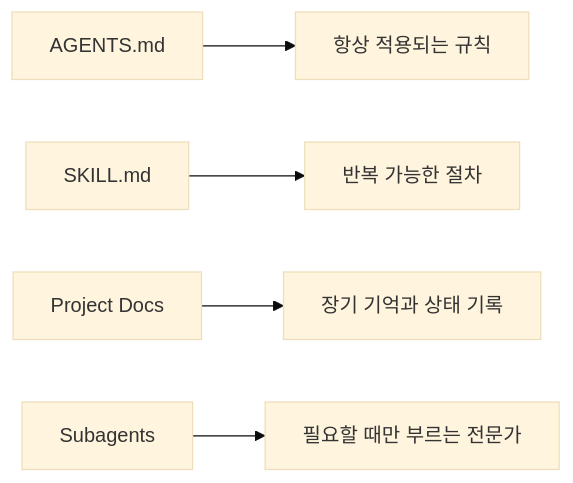
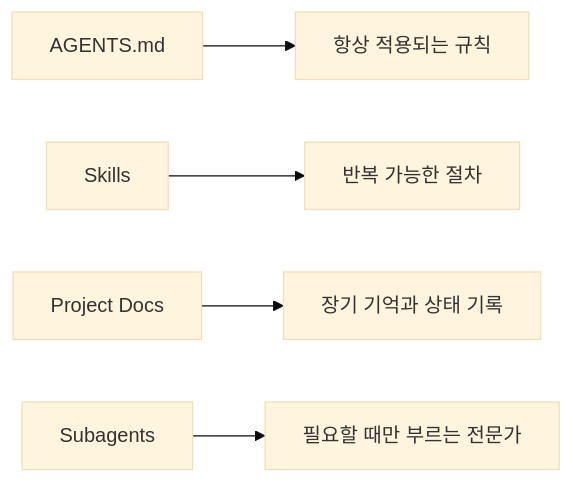
Before and after one commit to Merchantlee99/vibebuilder-framework: the second of 2 diagrams in README.md, drawn with Mermaid (base theme). The commit also changed other lines of this file and 6 other files, not shown here.

````diff
--- a/README.md
+++ b/README.md
@@ -107,7 +107,7 @@
 ```mermaid
 flowchart LR
     A["AGENTS.md"] --> B["항상 적용되는 규칙"]
-    C["SKILL.md"] --> D["반복 가능한 절차"]
+    C["Skills"] --> D["반복 가능한 절차"]
     E["Project Docs"] --> F["장기 기억과 상태 기록"]
     G["Subagents"] --> H["필요할 때만 부르는 전문가"]
 ```
````
